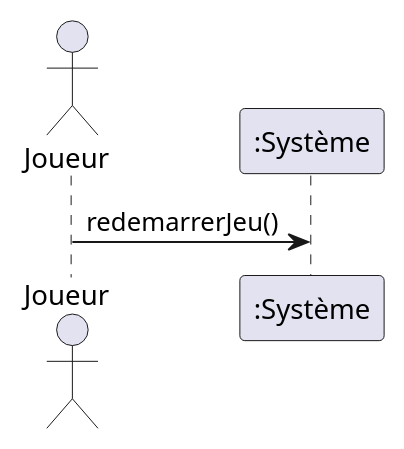
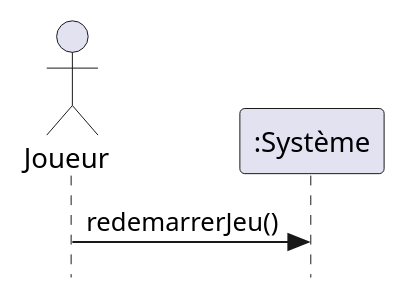
Before and after one commit to cc-probitaille/laboratoire-0-kingNomad3: the diagram in docs/modeles/dss-redemarrerJeu.puml, drawn with PlantUML. The commit also changed 6 other files, not shown here.

```diff
--- a/docs/modeles/dss-redemarrerJeu.puml
+++ b/docs/modeles/dss-redemarrerJeu.puml
@@ -1,6 +1,7 @@
-@startuml DSS pour le scénario Redémarrer
+@startuml
+skinparam style strictuml
 actor Joueur as J
 participant ":Système" as S
 
 J -> S : redemarrerJeu()
 @enduml
```
